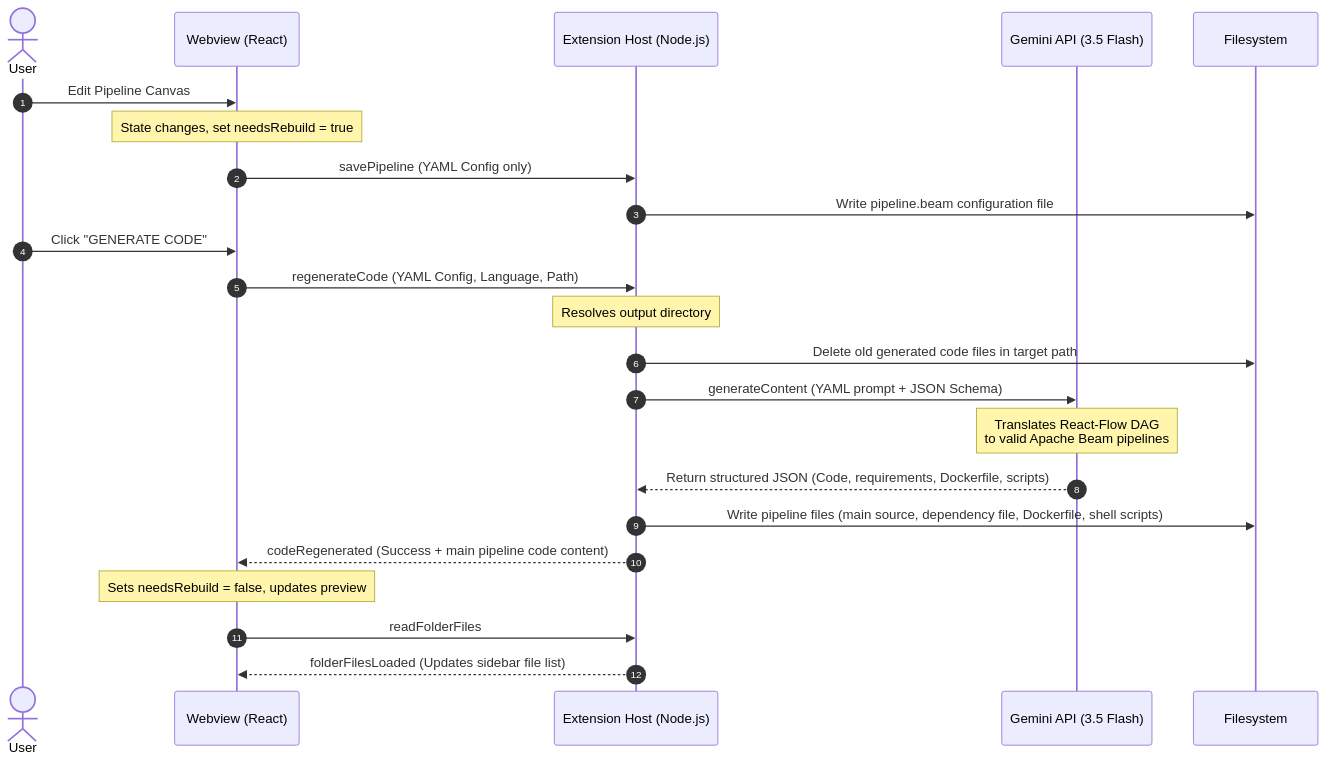
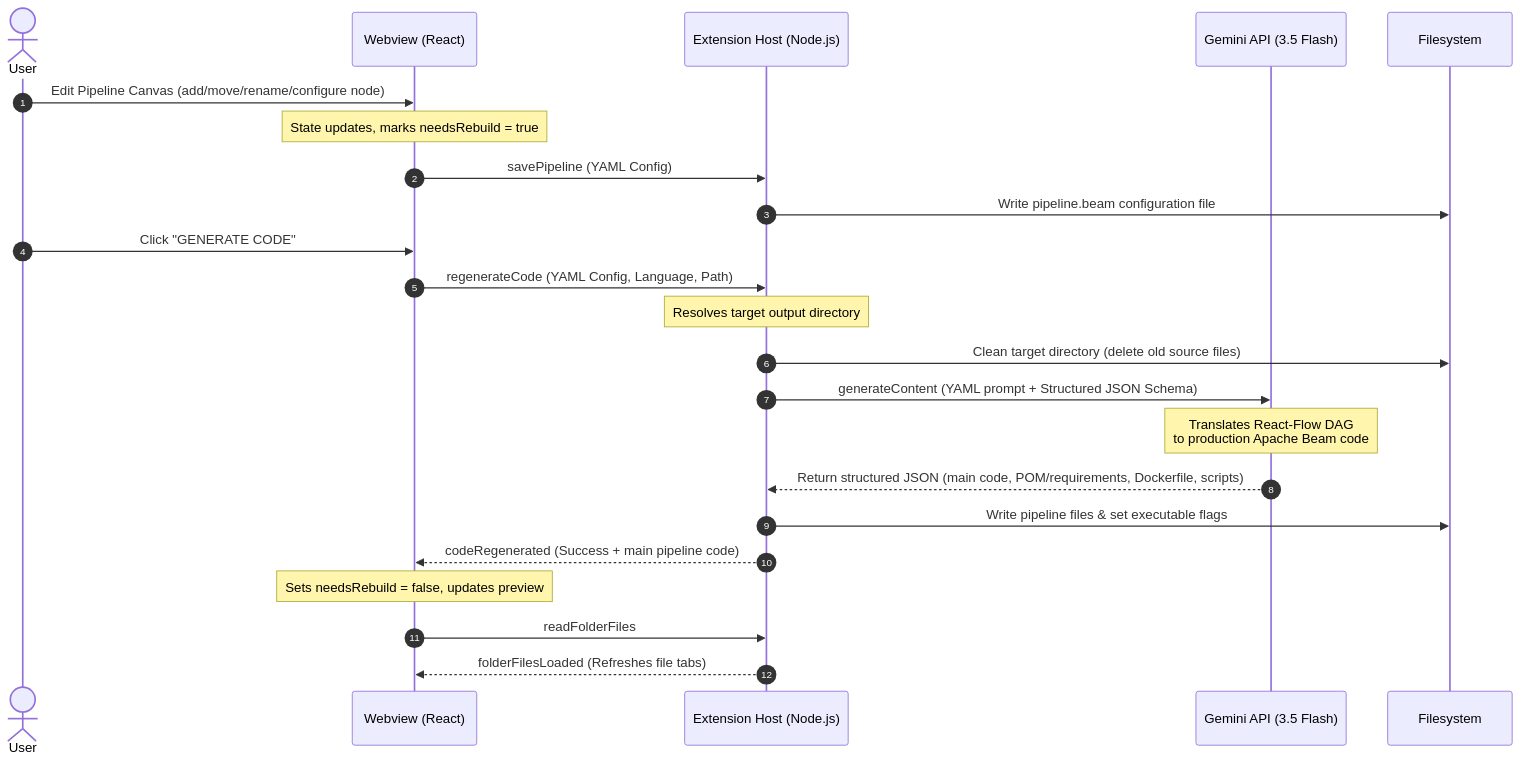
Before and after one commit to mnimer/beam-designer-fork: the second of 2 diagrams in ARCHITECTURE.md, drawn with Mermaid. The commit also changed other lines of this file and 1 other file, not shown here.

Commit message:
docs: add UI/UX DESIGN.md specification and update ARCHITECTURE.md

````diff
--- a/ARCHITECTURE.md
+++ b/ARCHITECTURE.md
@@ -99,27 +134,27 @@
 ```mermaid
 sequenceDiagram
     autonumber
     actor User
     participant Webview as Webview (React)
     participant Ext as Extension Host (Node.js)
     participant Gemini as Gemini API (3.5 Flash)
     participant Disk as Filesystem
 
-    User->>Webview: Edit Pipeline Canvas
-    Note over Webview: State changes, set needsRebuild = true
-    Webview->>Ext: savePipeline (YAML Config only)
+    User->>Webview: Edit Pipeline Canvas (add/move/rename/configure node)
+    Note over Webview: State updates, marks needsRebuild = true
+    Webview->>Ext: savePipeline (YAML Config)
     Ext->>Disk: Write pipeline.beam configuration file
     
     User->>Webview: Click "GENERATE CODE"
     Webview->>Ext: regenerateCode (YAML Config, Language, Path)
-    Note over Ext: Resolves output directory
-    Ext->>Disk: Delete old generated code files in target path
-    Ext->>Gemini: generateContent (YAML prompt + JSON Schema)
-    Note over Gemini: Translates React-Flow DAG<br/>to valid Apache Beam pipelines
-    Gemini-->>Ext: Return structured JSON (Code, requirements, Dockerfile, scripts)
-    Ext->>Disk: Write pipeline files (main source, dependency file, Dockerfile, shell scripts)
-    Ext-->>Webview: codeRegenerated (Success + main pipeline code content)
+    Note over Ext: Resolves target output directory
+    Ext->>Disk: Clean target directory (delete old source files)
+    Ext->>Gemini: generateContent (YAML prompt + Structured JSON Schema)
+    Note over Gemini: Translates React-Flow DAG<br/>to production Apache Beam code
+    Gemini-->>Ext: Return structured JSON (main code, POM/requirements, Dockerfile, scripts)
+    Ext->>Disk: Write pipeline files & set executable flags
+    Ext-->>Webview: codeRegenerated (Success + main pipeline code)
     Note over Webview: Sets needsRebuild = false, updates preview
     Webview->>Ext: readFolderFiles
-    Ext-->>Webview: folderFilesLoaded (Updates sidebar file list)
+    Ext-->>Webview: folderFilesLoaded (Refreshes file tabs)
 ```
````
